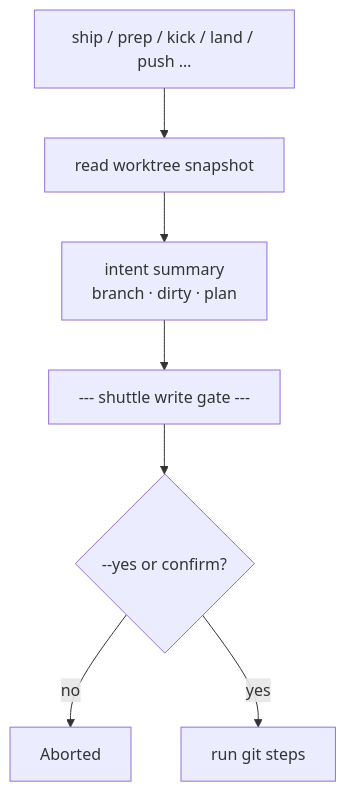
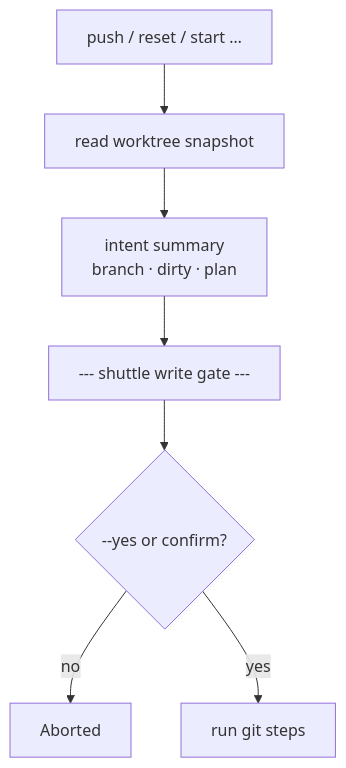
The fourth of 7 diagrams in docs/workflows.md (gardusig/shuttle-cli), drawn with Mermaid before and after one commit. The commit also changed other lines of this file and 54 other files, not shown here.

````diff
--- a/docs/workflows.md
+++ b/docs/workflows.md
@@ -105,9 +105,9 @@
 ```mermaid
 flowchart TD
-    A["ship / prep / kick / land / push …"] --> B["read worktree snapshot"]
+    A["push / reset / start …"] --> B["read worktree snapshot"]
     B --> C["intent summary<br/>branch · dirty · plan"]
     C --> D["--- shuttle write gate ---"]
     D --> E{"--yes or confirm?"}
     E -->|no| F["Aborted"]
     E -->|yes| G["run git steps"]
 ```
````
